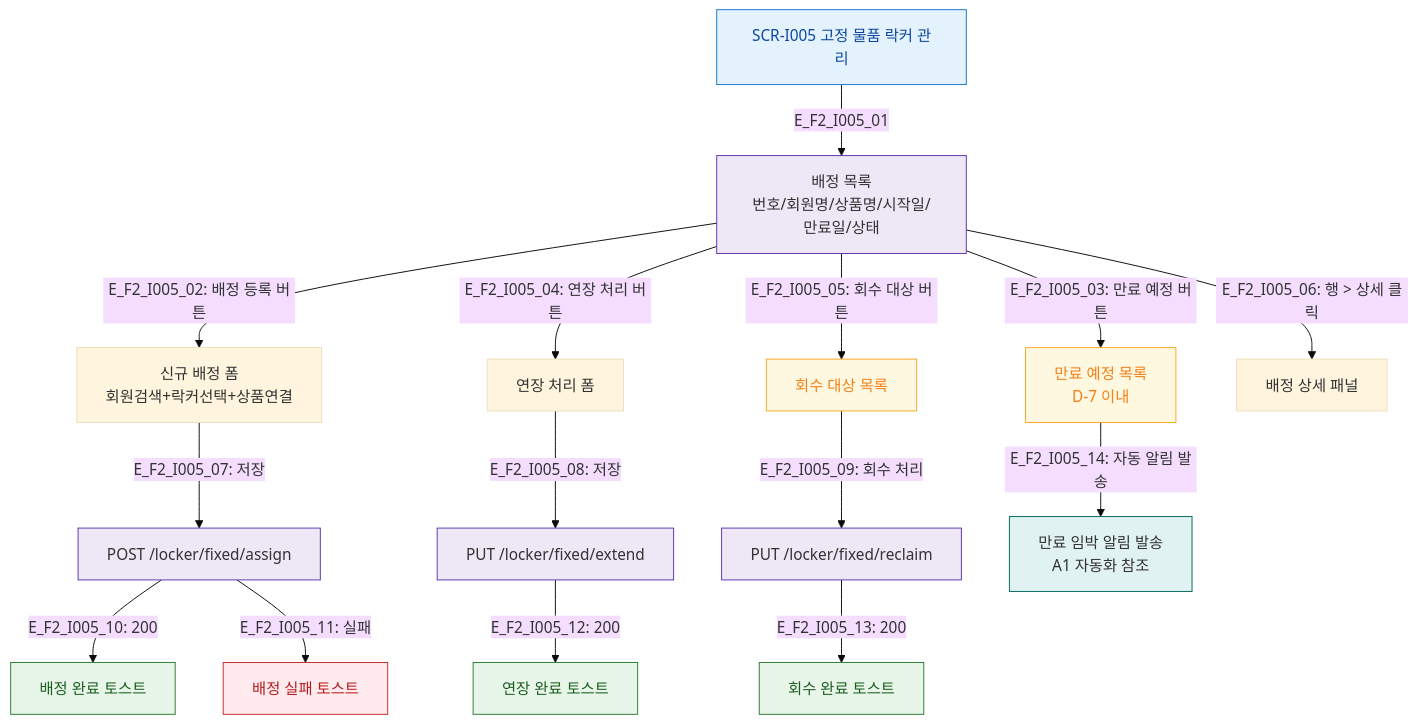
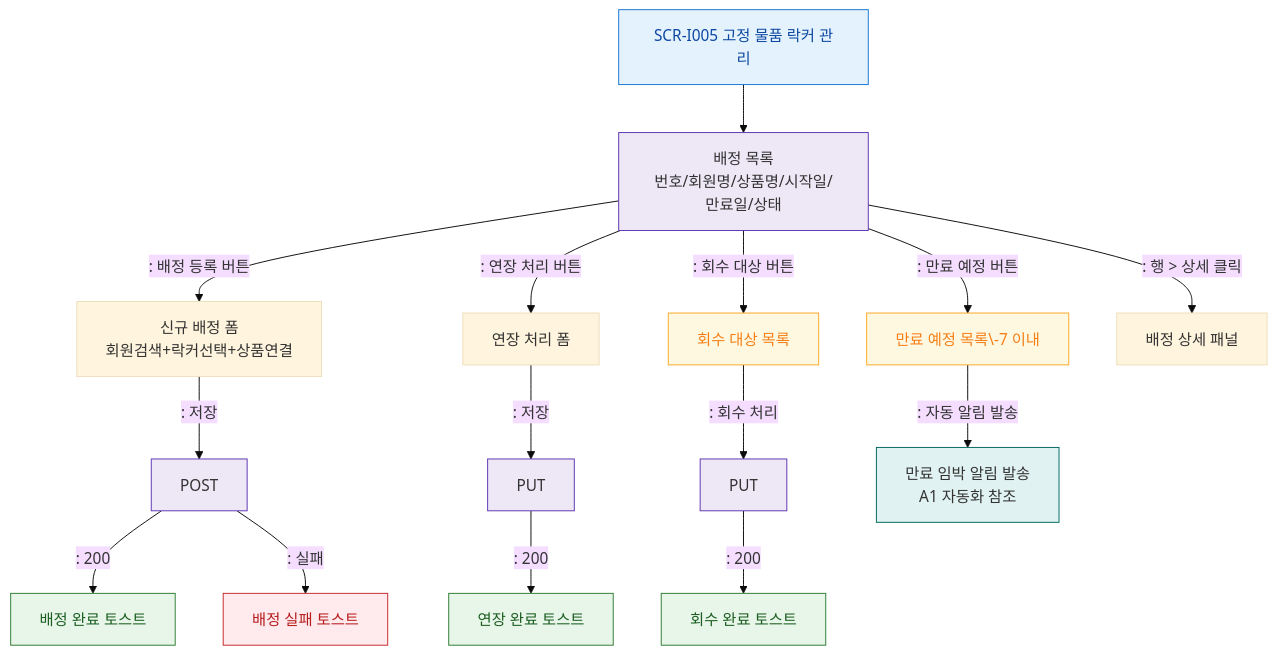
Before and after one commit to dev-spogym/admin-pando: the diagram in docs/다이어그램/D11_통합운영/SCR-I005_고정물품락커관리/F2_메인.md, drawn with Mermaid (base theme). The commit also changed other lines of this file and 1660 other files, not shown here.

First line of the commit message:
다이어그램: 기획자/클라이언트 납품본으로 정리

````diff
--- a/docs/다이어그램/D11_통합운영/SCR-I005_고정물품락커관리/F2_메인.md
+++ b/docs/다이어그램/D11_통합운영/SCR-I005_고정물품락커관리/F2_메인.md
@@ -19,34 +17,34 @@
 ```mermaid
 flowchart TD
-    SCR_I005[SCR-I005 고정 물품 락커 관리] -->|E_F2_I005_01| LIST[배정 목록\n번호/회원명/상품명/시작일/만료일/상태]
+    SCR_I005[SCR-I005 고정 물품 락커 관리] --> LIST[배정 목록\n번호/회원명/상품명/시작일/만료일/상태]
 
-    LIST -->|"E_F2_I005_02: 배정 등록 버튼"| NEW_FORM[신규 배정 폼\n회원검색+락커선택+상품연결]
-    LIST -->|"E_F2_I005_03: 만료 예정 버튼"| EXPIRE_LIST[만료 예정 목록\nD-7 이내]
-    LIST -->|"E_F2_I005_04: 연장 처리 버튼"| EXTEND[연장 처리 폼]
-    LIST -->|"E_F2_I005_05: 회수 대상 버튼"| RECLAIM_LIST[회수 대상 목록]
-    LIST -->|"E_F2_I005_06: 행 > 상세 클릭"| DETAIL[배정 상세 패널]
+    LIST -->|": 배정 등록 버튼"|NEW_FORM[신규 배정 폼\n회원검색+락커선택+상품연결]
+    LIST -->|": 만료 예정 버튼"|EXPIRE_LIST[만료 예정 목록\-7 이내]
+    LIST -->|": 연장 처리 버튼"|EXTEND[연장 처리 폼]
+    LIST -->|": 회수 대상 버튼"|RECLAIM_LIST[회수 대상 목록]
+    LIST -->|": 행 > 상세 클릭"|DETAIL[배정 상세 패널]
 
-    NEW_FORM -->|"E_F2_I005_07: 저장"| API_NEW[POST /locker/fixed/assign]
-    EXTEND -->|"E_F2_I005_08: 저장"| API_EXTEND[PUT /locker/fixed/extend]
-    RECLAIM_LIST -->|"E_F2_I005_09: 회수 처리"| API_RECLAIM[PUT /locker/fixed/reclaim]
+    NEW_FORM -->|": 저장"|API_NEW[POST]
+    EXTEND -->|": 저장"|API_EXTEND[PUT]
+    RECLAIM_LIST -->|": 회수 처리"|API_RECLAIM[PUT]
 
-    API_NEW -->|"E_F2_I005_10: 200"| T_OK[배정 완료 토스트]
-    API_NEW -->|"E_F2_I005_11: 실패"| T_ERR[배정 실패 토스트]
-    API_EXTEND -->|"E_F2_I005_12: 200"| T_OK2[연장 완료 토스트]
-    API_RECLAIM -->|"E_F2_I005_13: 200"| T_OK3[회수 완료 토스트]
+    API_NEW -->|": 200"|T_OK[배정 완료 토스트]
+    API_NEW -->|": 실패"|T_ERR[배정 실패 토스트]
+    API_EXTEND -->|": 200"|T_OK2[연장 완료 토스트]
+    API_RECLAIM -->|": 200"|T_OK3[회수 완료 토스트]
 
-    EXPIRE_LIST -->|"E_F2_I005_14: 자동 알림 발송"| AUTO_NOTIF[만료 임박 알림 발송\nA1 자동화 참조]
+    EXPIRE_LIST -->|": 자동 알림 발송"|AUTO_NOTIF[만료 임박 알림 발송\nA1 자동화 참조]
 
-    classDef screen       fill:#E3F2FD,stroke:#1976D2,color:#0D47A1
-    classDef system       fill:#EDE7F6,stroke:#5E35B2
-    classDef error        fill:#FFEBEE,stroke:#C62828,color:#B71C1C
-    classDef success      fill:#E8F5E9,stroke:#2E7D32,color:#1B5E20
-    classDef warning      fill:#FFF8E1,stroke:#F9A825,color:#F57F17
-    classDef cron         fill:#E0F2F1,stroke:#00695C
+    classDef screen fill:#E3F2FD,stroke:#1976D2,color:#0D47A1
+    classDef system fill:#EDE7F6,stroke:#5E35B2
+    classDef error fill:#FFEBEE,stroke:#C62828,color:#B71C1C
+    classDef success fill:#E8F5E9,stroke:#2E7D32,color:#1B5E20
+    classDef warning fill:#FFF8E1,stroke:#F9A825,color:#F57F17
+    classDef cron fill:#E0F2F1,stroke:#00695C
     class SCR_I005 screen
     class API_NEW,API_EXTEND,API_RECLAIM,LIST system
     class T_ERR error
     class T_OK,T_OK2,T_OK3 success
     class EXPIRE_LIST,RECLAIM_LIST warning
     class AUTO_NOTIF cron
 ```
````
